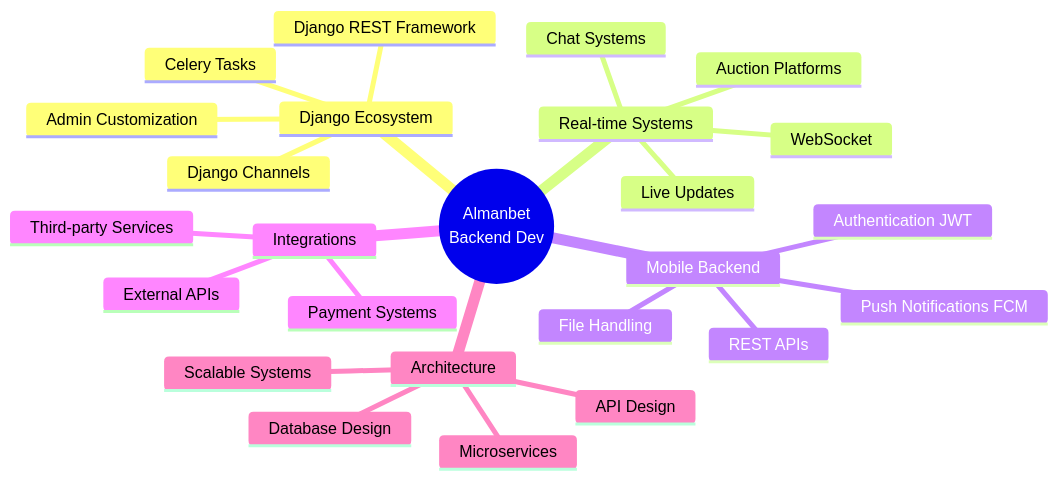
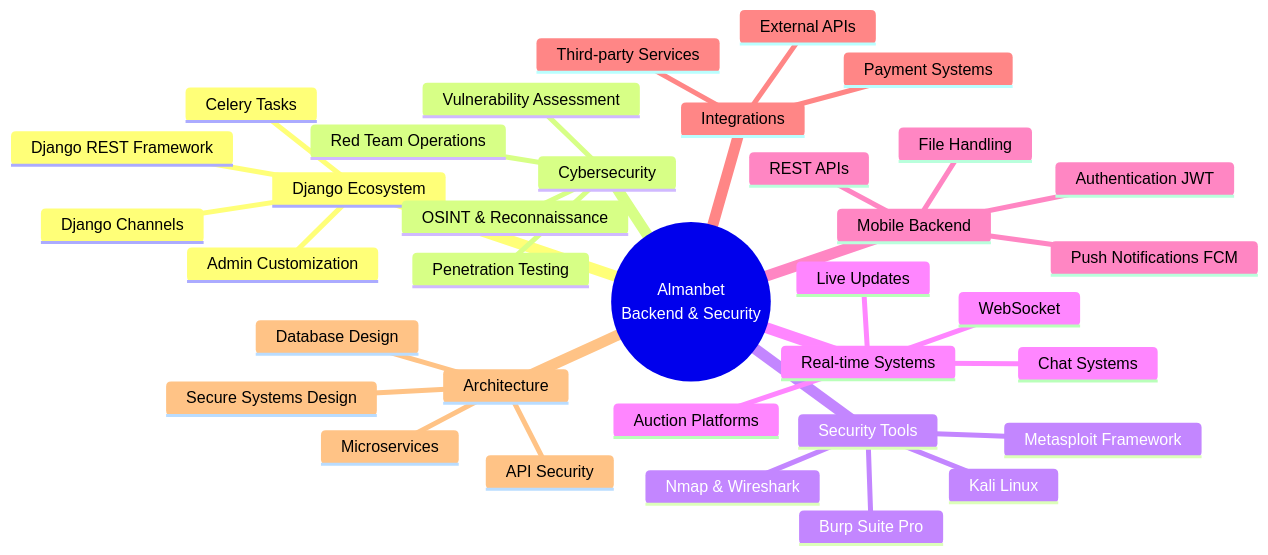
The diagram in README.md (zhumabayuulu/zhumabayuulu), drawn with Mermaid before and after one commit. The commit also changed other lines of this file, not shown here.

````diff
--- a/README.md
+++ b/README.md
@@ -370,28 +380,38 @@
 ```mermaid
 mindmap
-  root((Almanbet<br/>Backend Dev))
+  root((Almanbet<br/>Backend & Security))
     Django Ecosystem
       Django REST Framework
       Django Channels
       Celery Tasks
       Admin Customization
+    Cybersecurity
+      Penetration Testing
+      Red Team Operations
+      OSINT & Reconnaissance
+      Vulnerability Assessment
+    Security Tools
+      Kali Linux
+      Metasploit Framework
+      Burp Suite Pro
+      Nmap & Wireshark
     Real-time Systems
       WebSocket
       Live Updates
       Chat Systems
       Auction Platforms
     Mobile Backend
       REST APIs
       Push Notifications FCM
       Authentication JWT
       File Handling
     Integrations
       Payment Systems
       External APIs
       Third-party Services
     Architecture
-      Scalable Systems
+      Secure Systems Design
       Database Design
-      API Design
+      API Security
       Microservices
 ```
````
